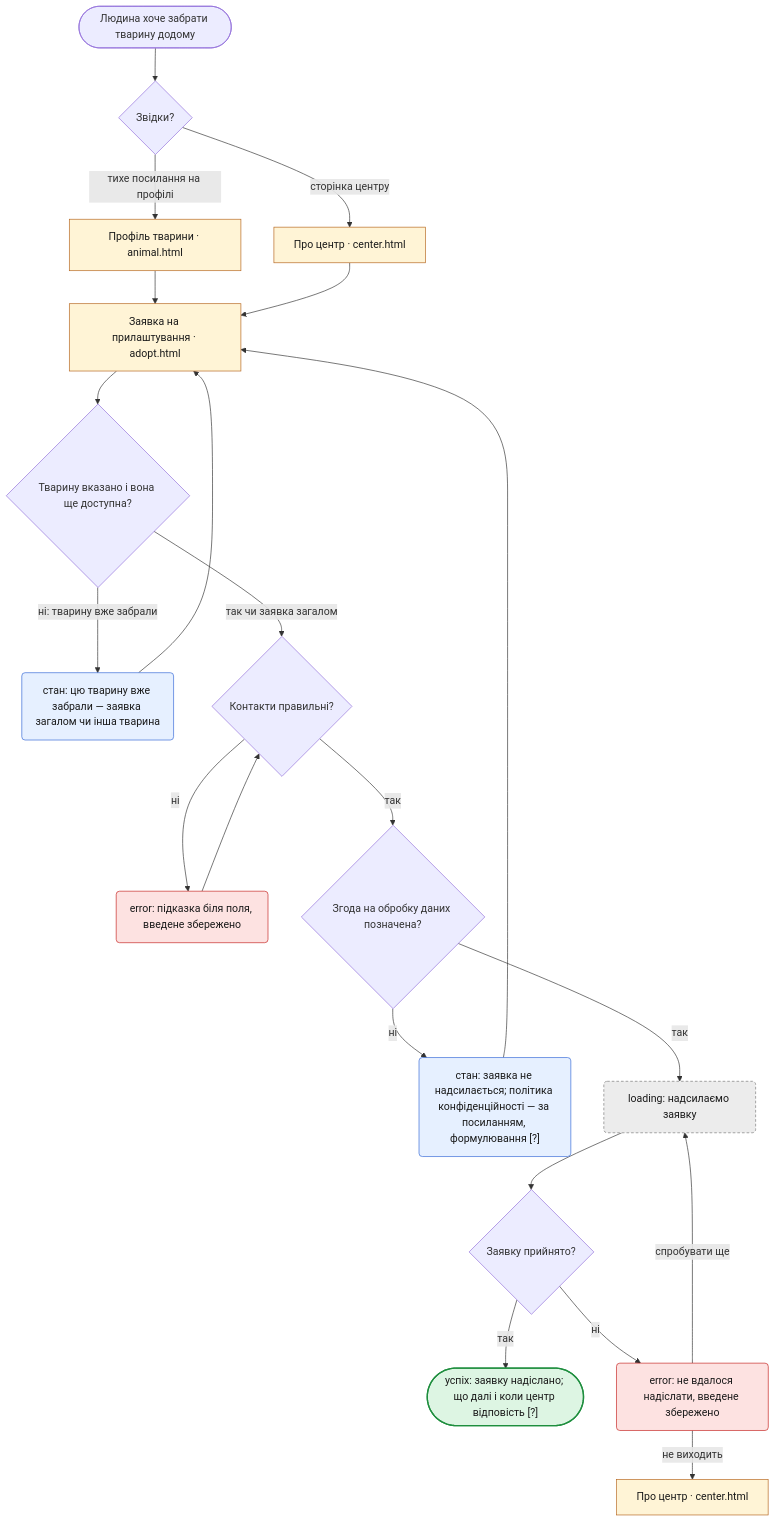
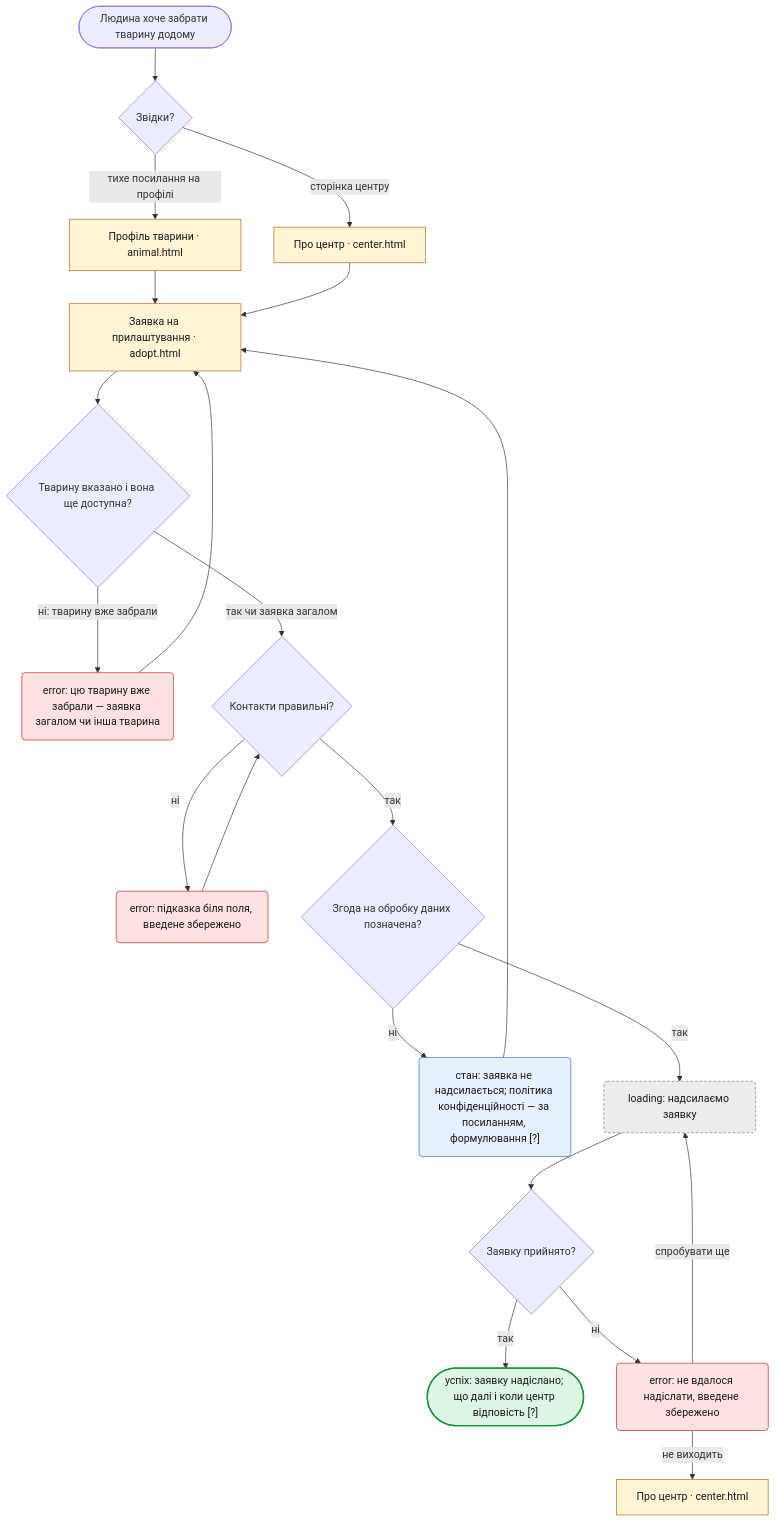
One commit to diadieva/pride changed the seventh of 8 diagrams in flows.md. Above: the diagram before and after it, drawn with Mermaid. The commit also changed other lines of this file and 10 other files, not shown here.

First line of the commit message:
Align flow state types with sitemap and apply review decisions

````diff
--- a/flows.md
+++ b/flows.md
@@ -674,34 +676,33 @@
 ```mermaid
 flowchart TD
     S(["Людина хоче забрати тварину додому"]) --> Q1{"Звідки?"}
     Q1 -->|"тихе посилання на профілі"| PROF["Профіль тварини · animal.html"]
     PROF --> ADOPT
     Q1 -->|"сторінка центру"| CENTER["Про центр · center.html"]
     CENTER --> ADOPT["Заявка на прилаштування · adopt.html"]
     ADOPT --> Q2{"Тварину вказано і вона ще доступна?"}
-    Q2 -->|"ні: тварину вже забрали"| ST1("стан: цю тварину вже забрали — заявка загалом чи інша тварина")
+    Q2 -->|"ні: тварину вже забрали"| ST1("error: цю тварину вже забрали — заявка загалом чи інша тварина")
     ST1 --> ADOPT
     Q2 -->|"так чи заявка загалом"| Q3{"Контакти правильні?"}
     Q3 -->|ні| E1("error: підказка біля поля, введене збережено")
     E1 --> Q3
     Q3 -->|так| Q3A{"Згода на обробку даних позначена?"}
     Q3A -->|ні| ST2("стан: заявка не надсилається; політика конфіденційності — за посиланням, формулювання [?]")
     ST2 --> ADOPT
     Q3A -->|так| L1("loading: надсилаємо заявку")
     L1 --> Q4{"Заявку прийнято?"}
     Q4 -->|так| OK1(["успіх: заявку надіслано; що далі і коли центр відповість [?]"])
     Q4 -->|ні| E2("error: не вдалося надіслати, введене збережено")
     E2 -->|"спробувати ще"| L1
     E2 -->|"не виходить"| CONTACT["Про центр · center.html"]
-
     classDef screen fill:#FFF4D6,stroke:#B5651D,color:#1a1a1a
     classDef loading fill:#ECECEC,stroke:#777777,color:#1a1a1a,stroke-dasharray:4 3
     classDef error fill:#FDE2E1,stroke:#C5221F,color:#1a1a1a
     classDef state fill:#E6F0FF,stroke:#3367D6,color:#1a1a1a
     classDef ok fill:#DDF5E3,stroke:#1E8E3E,color:#1a1a1a,stroke-width:2px
     class PROF,CENTER,ADOPT,CONTACT screen
     class L1 loading
-    class E1,E2 error
-    class ST1,ST2 state
+    class E1,E2,ST1 error
+    class ST2 state
     class OK1 ok
 ```
````
